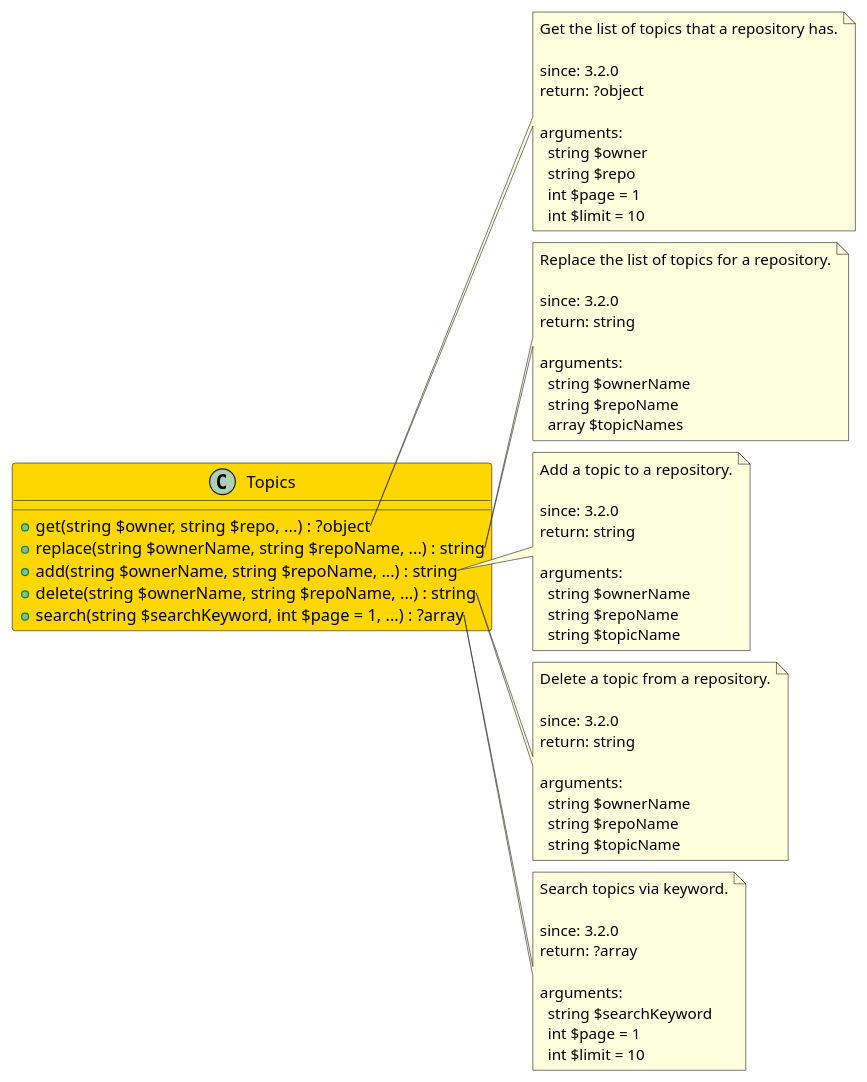
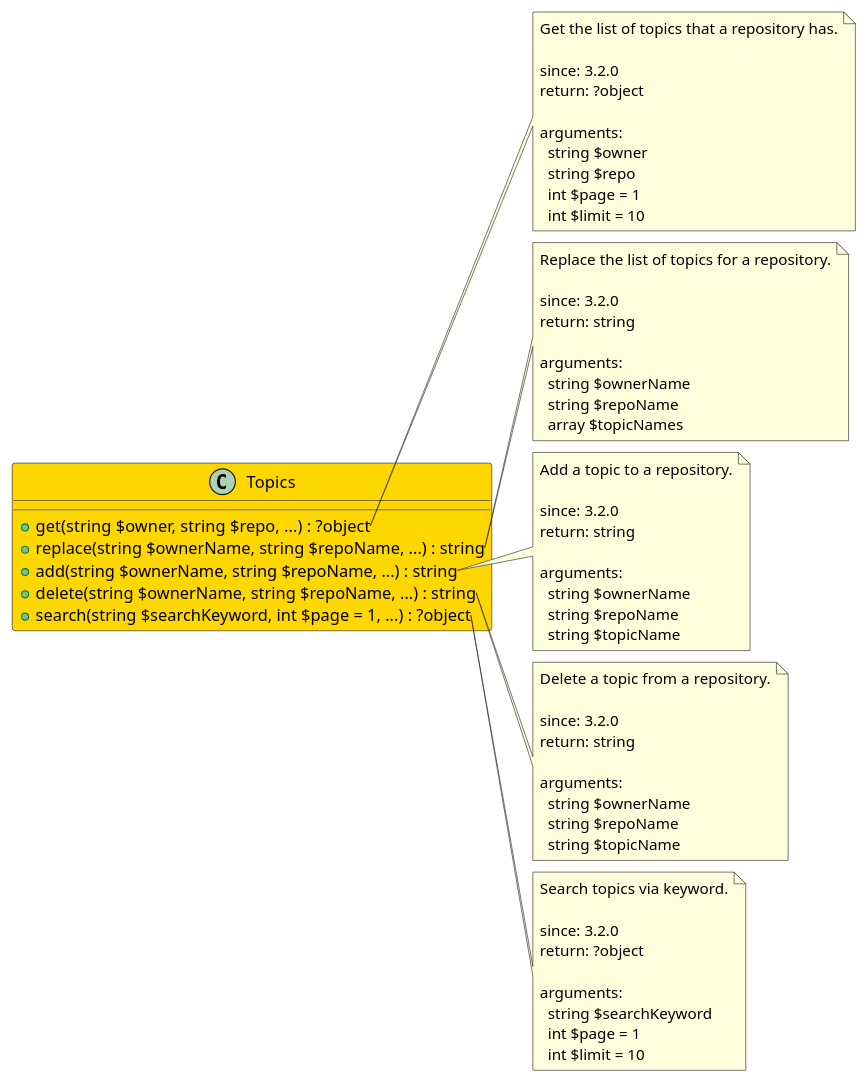
Before and after one commit to joomengine/gitea: the diagram in src/7f852309-122b-42fb-b2f3-ea9e2d405a9c/README.md, drawn with PlantUML. The commit also changed 370 other files, not shown here.

````diff
--- a/src/7f852309-122b-42fb-b2f3-ea9e2d405a9c/README.md
+++ b/src/7f852309-122b-42fb-b2f3-ea9e2d405a9c/README.md
@@ -6,74 +6,74 @@
 ```uml
 @startuml
 
 class Topics  #Gold {
   + get(string $owner, string $repo, ...) : ?object
   + replace(string $ownerName, string $repoName, ...) : string
   + add(string $ownerName, string $repoName, ...) : string
   + delete(string $ownerName, string $repoName, ...) : string
-  + search(string $searchKeyword, int $page = 1, ...) : ?array
+  + search(string $searchKeyword, int $page = 1, ...) : ?object
 }
 
 note right of Topics::get
   Get the list of topics that a repository has.
 
   since: 3.2.0
   return: ?object
   
   arguments:
     string $owner
     string $repo
     int $page = 1
     int $limit = 10
 end note
 
 note right of Topics::replace
   Replace the list of topics for a repository.
 
   since: 3.2.0
   return: string
   
   arguments:
     string $ownerName
     string $repoName
     array $topicNames
 end note
 
 note right of Topics::add
   Add a topic to a repository.
 
   since: 3.2.0
   return: string
   
   arguments:
     string $ownerName
     string $repoName
     string $topicName
 end note
 
 note right of Topics::delete
   Delete a topic from a repository.
 
   since: 3.2.0
   return: string
   
   arguments:
     string $ownerName
     string $repoName
     string $topicName
 end note
 
 note right of Topics::search
   Search topics via keyword.
 
   since: 3.2.0
-  return: ?array
+  return: ?object
   
   arguments:
     string $searchKeyword
     int $page = 1
     int $limit = 10
 end note
 
 @enduml
 ```
````
